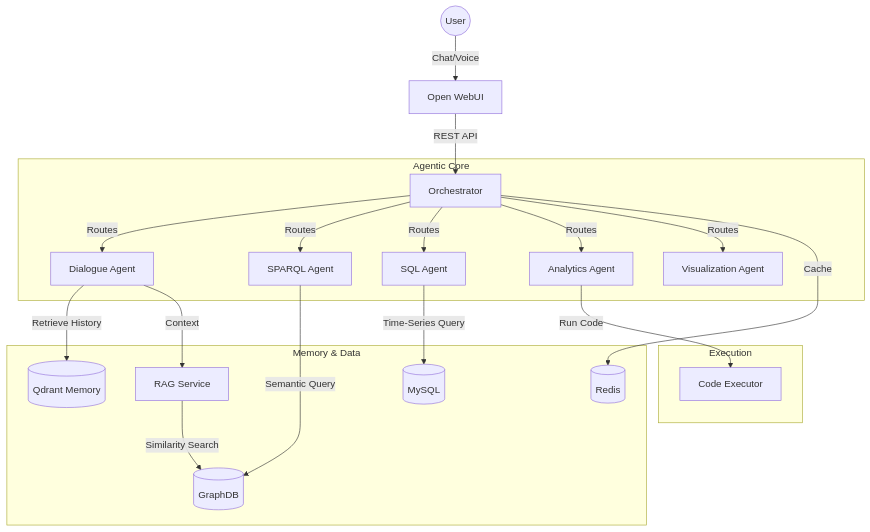
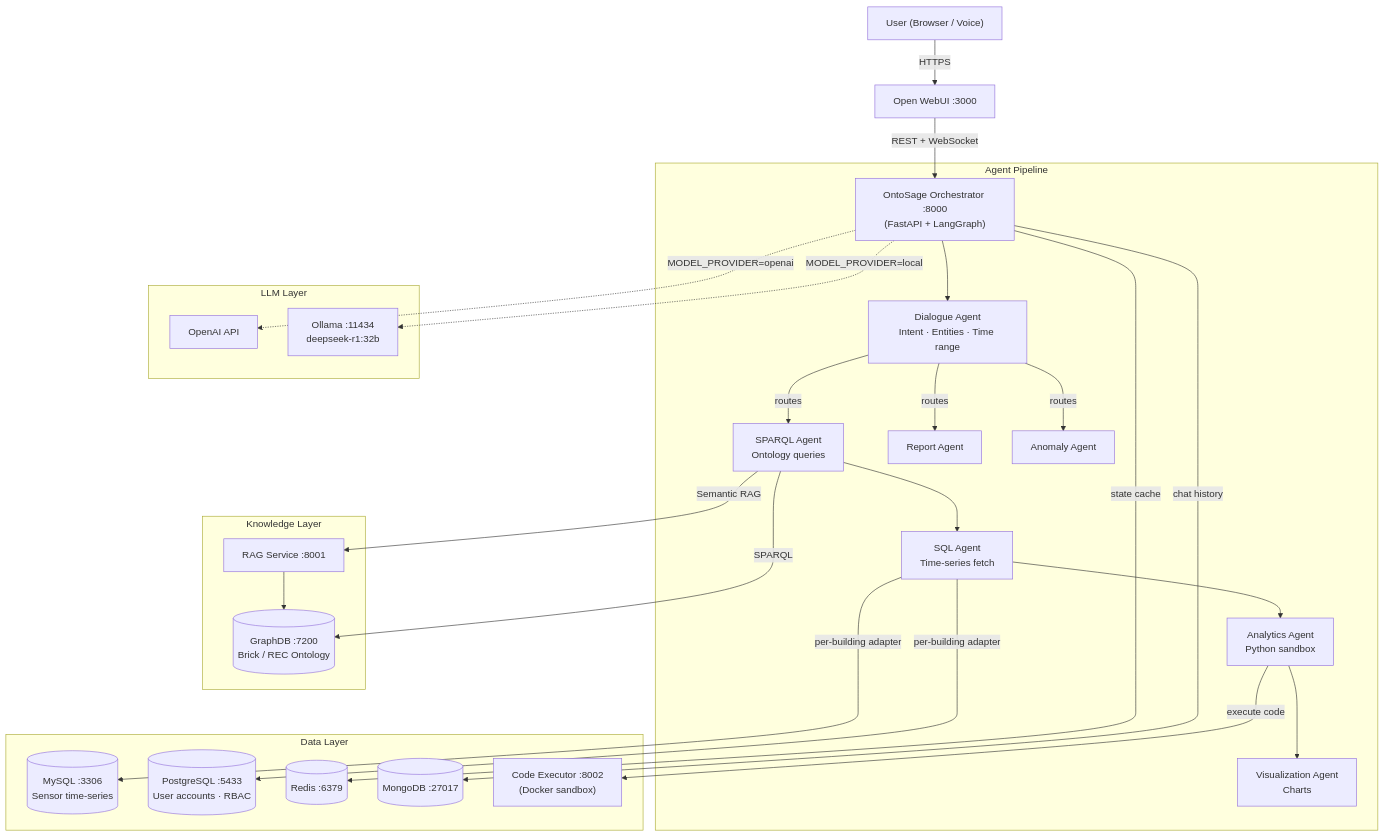
Before and after one commit to suhasdevmane/OntoSage: the diagram in docs/index.md, drawn with Mermaid. The commit also changed other lines of this file and 12 other files, not shown here.

````diff
--- a/docs/index.md
+++ b/docs/index.md
@@ -34,26 +41,34 @@
 ```mermaid
 graph TD
-  User((User)) -->|Chat/Voice| FE[Open WebUI]
-  FE -->|REST API| ORCH[Orchestrator]
-  
-  subgraph "Agentic Core"
-    ORCH -->|Routes| Dialogue[Dialogue Agent]
-    ORCH -->|Routes| SPARQL[SPARQL Agent]
-    ORCH -->|Routes| SQL[SQL Agent]
-    ORCH -->|Routes| Analytics[Analytics Agent]
-    ORCH -->|Routes| Vis[Visualization Agent]
-  end
-  
-  subgraph "Memory & Data"
-    Dialogue -->|Retrieve History| Qdrant[(Qdrant Memory)]
-    SPARQL -->|Semantic Query| GDB[(GraphDB)]
-    SQL -->|Time-Series Query| MYSQL[(MySQL)]
-    Dialogue -->|Context| RAG[RAG Service]
-    RAG -->|Similarity Search| GDB
-    ORCH -->|Cache| REDIS[(Redis)]
-  end
-  
-  subgraph "Execution"
-    Analytics -->|Run Code| EXEC[Code Executor]
-  end
+    User["User (Browser / Voice)"] -->|HTTPS| WebUI["Open WebUI :3000"]
+    WebUI -->|REST + WebSocket| Orch["OntoSage Orchestrator :8000<br/>(FastAPI + LangGraph)"]
+
+    subgraph "Agent Pipeline"
+        Orch --> DA["Dialogue Agent<br/>Intent · Entities · Time range"]
+        DA -->|routes| SA["SPARQL Agent<br/>Ontology queries"]
+        DA -->|routes| RA["Report Agent"]
+        DA -->|routes| AA["Anomaly Agent"]
+        SA --> SQ["SQL Agent<br/>Time-series fetch"]
+        SQ --> AnA["Analytics Agent<br/>Python sandbox"]
+        AnA --> VA["Visualization Agent<br/>Charts"]
+    end
+
+    subgraph "Knowledge Layer"
+        SA -->|SPARQL| GDB[("GraphDB :7200<br/>Brick / REC Ontology")]
+        SA -->|Semantic RAG| RAGS["RAG Service :8001"]
+        RAGS --> GDB
+    end
+
+    subgraph "Data Layer"
+        SQ -->|per-building adapter| MySQL[("MySQL :3306<br/>Sensor time-series")]
+        SQ -->|per-building adapter| PG[("PostgreSQL :5433<br/>User accounts · RBAC")]
+        Orch -->|state cache| Redis[("Redis :6379")]
+        Orch -->|chat history| Mongo[("MongoDB :27017")]
+        AnA -->|execute code| CE["Code Executor :8002<br/>(Docker sandbox)"]
+    end
+
+    subgraph "LLM Layer"
+        Orch -. "MODEL_PROVIDER=openai" .-> OpenAI["OpenAI API"]
+        Orch -. "MODEL_PROVIDER=local" .-> Ollama["Ollama :11434<br/>deepseek-r1:32b"]
+    end
 ```
````
